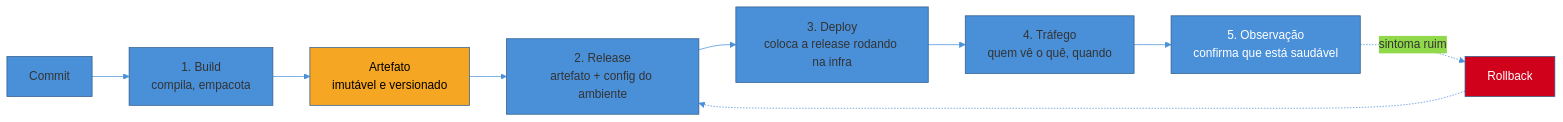
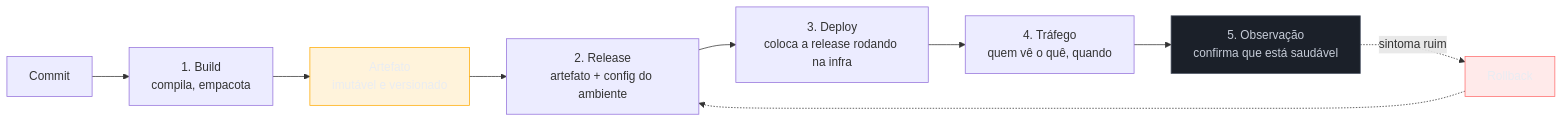
One commit to josenaldo/codex-technomanticus changed the first of 3 diagrams in 03-Dominios/Engenharia/Operação/1 - O ofício de operar/03 - O ciclo de vida de um deploy.md. Above: the diagram before and after it, drawn with Mermaid. The commit also changed other lines of this file and 1181 other files, not shown here.

First line of the commit message:
fix(diagramas): paleta do sistema no lugar de cor cravada no markdown

````diff
--- a/03-Dominios/Engenharia/Operação/1 - O ofício de operar/03 - O ciclo de vida de um deploy.md
+++ b/03-Dominios/Engenharia/Operação/1 - O ofício de operar/03 - O ciclo de vida de um deploy.md
@@ -36,16 +36,18 @@
 ```mermaid
-%%{init: {"theme": "base", "themeVariables": {"primaryColor": "#4A90D9", "primaryBorderColor": "#2E5C8A", "lineColor": "#4A90D9"}}}%%
 graph LR
+    classDef destaque fill:#FFAA0024,stroke:#FFAA00,color:#E9ECF2
+    classDef neutro fill:#1B2029,stroke:#4E5666,color:#C6CCD8
+    classDef falha fill:#FF6B6B24,stroke:#FF6B6B,color:#E9ECF2
     C["Commit"] --> B["1. Build<br/>compila, empacota"]
     B --> A["Artefato<br/>imutável e versionado"]
     A --> R["2. Release<br/>artefato + config do ambiente"]
     R --> D["3. Deploy<br/>coloca a release rodando na infra"]
     D --> T["4. Tráfego<br/>quem vê o quê, quando"]
     T --> O["5. Observação<br/>confirma que está saudável"]
     O -.->|"sintoma ruim"| RB["Rollback"]
     RB -.-> R
 
-    style A fill:#F5A623,stroke:#2E5C8A,color:#000
-    style O fill:#4A90D9,stroke:#2E5C8A,color:#fff
-    style RB fill:#D0021B,stroke:#2E5C8A,color:#fff
+    class A destaque
+    class O neutro
+    class RB falha
 ```
````
